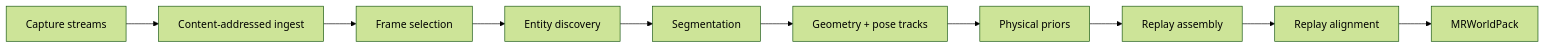
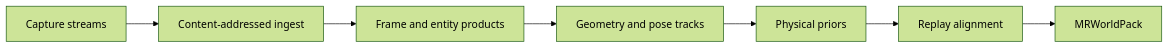
The second of 3 diagrams in docs/WORLD_ENGINE.md (Numi2/numi-lab), drawn with Mermaid (forest theme) before and after one commit. The commit also changed other lines of this file and 83 other files, not shown here.

Commit message:
Consolidate MetalRobo architecture and reduce obsolete code

````diff
--- a/docs/WORLD_ENGINE.md
+++ b/docs/WORLD_ENGINE.md
@@ -37,12 +42,9 @@
 ```mermaid
 flowchart LR
     A["Capture streams"] --> B["Content-addressed ingest"]
-    B --> C["Frame selection"]
-    C --> D["Entity discovery"]
-    D --> E["Segmentation"]
-    E --> F["Geometry + pose tracks"]
-    F --> G["Physical priors"]
-    G --> H["Replay assembly"]
-    H --> I["Replay alignment"]
-    I --> J["MRWorldPack"]
+    B --> C["Frame and entity products"]
+    C --> D["Geometry and pose tracks"]
+    D --> E["Physical priors"]
+    E --> F["Replay alignment"]
+    F --> G["MRWorldPack"]
 ```
````
